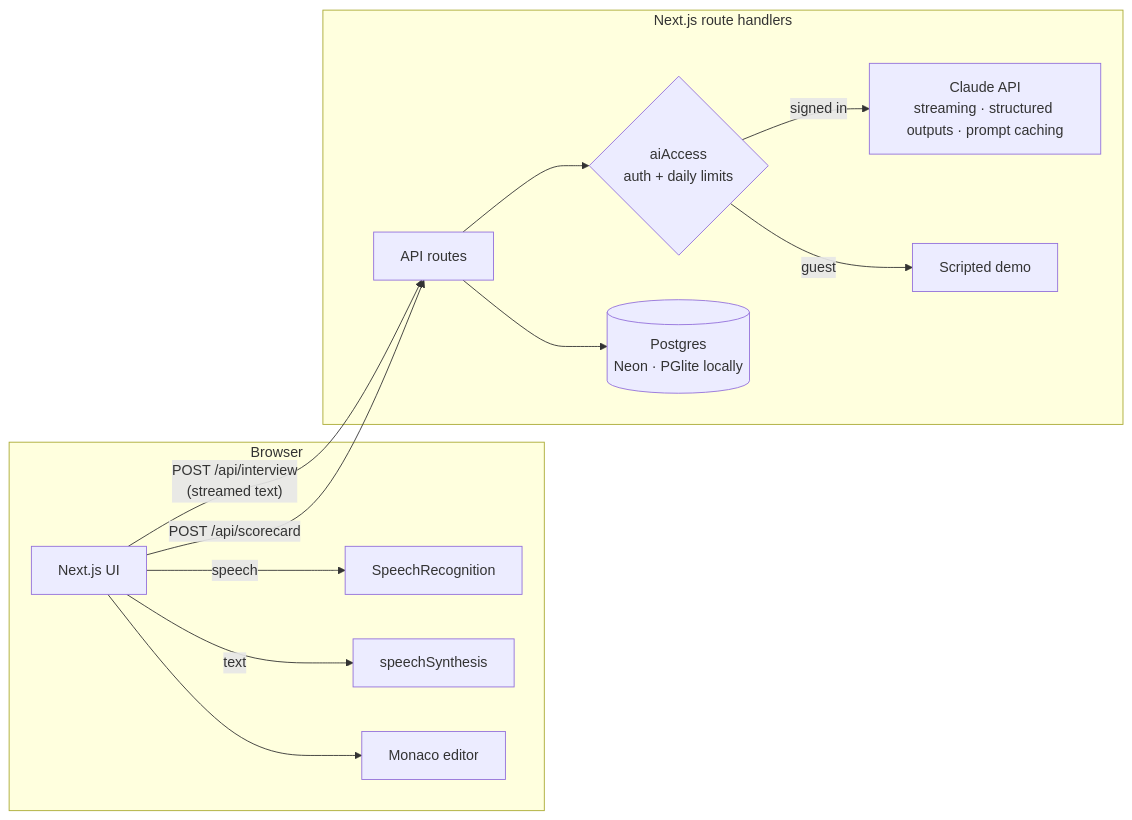
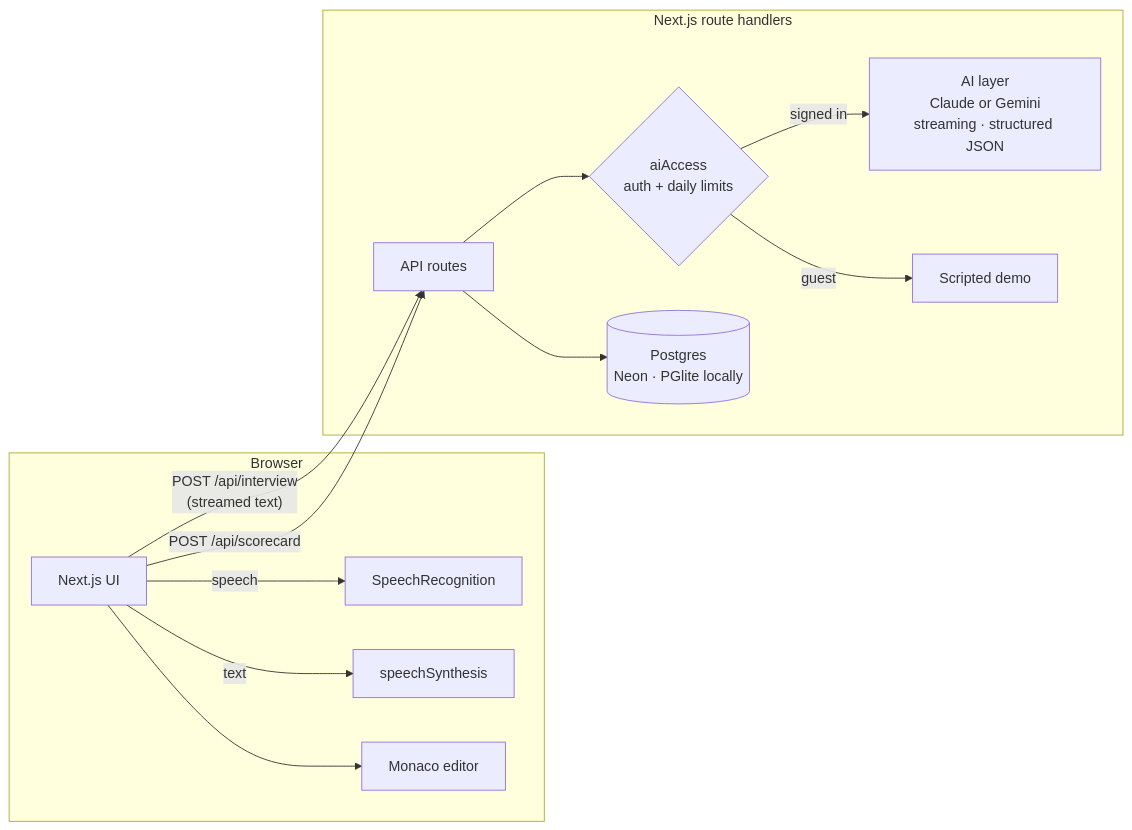
Before and after one commit to SireenZo/interviewpilot: the diagram in README.md, drawn with Mermaid. The commit also changed other lines of this file and 12 other files, not shown here.

First line of the commit message:
Add free Gemini support behind a provider-agnostic AI layer

````diff
--- a/README.md
+++ b/README.md
@@ -28,16 +28,16 @@
 ```mermaid
 flowchart LR
   subgraph Browser
     UI[Next.js UI] -- speech --> STT[SpeechRecognition]
     UI -- text --> TTS[speechSynthesis]
     UI --> ED[Monaco editor]
   end
   UI -- "POST /api/interview<br/>(streamed text)" --> API
   UI -- "POST /api/scorecard" --> API
   subgraph Server[Next.js route handlers]
     API[API routes] --> ACC{aiAccess<br/>auth + daily limits}
-    ACC -- signed in --> CL[Claude API<br/>streaming · structured outputs · prompt caching]
+    ACC -- signed in --> AI[AI layer<br/>Claude or Gemini<br/>streaming · structured JSON]
     ACC -- guest --> DEMO[Scripted demo]
     API --> DB[(Postgres<br/>Neon · PGlite locally)]
   end
 ```
````
